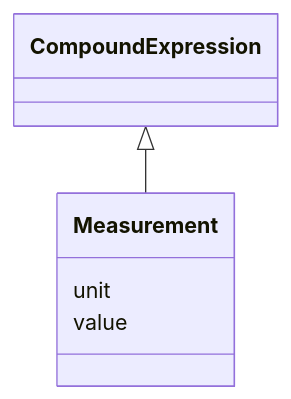
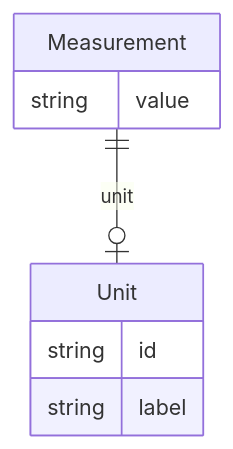
Before and after one commit to monarch-initiative/ontogpt: the diagram in docs/environmental_sample/Measurement.md, drawn with Mermaid. The commit also changed 187 other files, not shown here.

````diff
--- a/docs/environmental_sample/Measurement.md
+++ b/docs/environmental_sample/Measurement.md
@@ -8,9 +8,13 @@
 ```mermaid
- classDiagram
-    class Measurement
-      CompoundExpression <|-- Measurement
-      
-      Measurement : unit
-      Measurement : value
-      
+erDiagram
+Measurement {
+    string value  
+}
+Unit {
+    string id  
+    string label  
+}
+
+Measurement ||--|o Unit : "unit"
+
 ```
````
